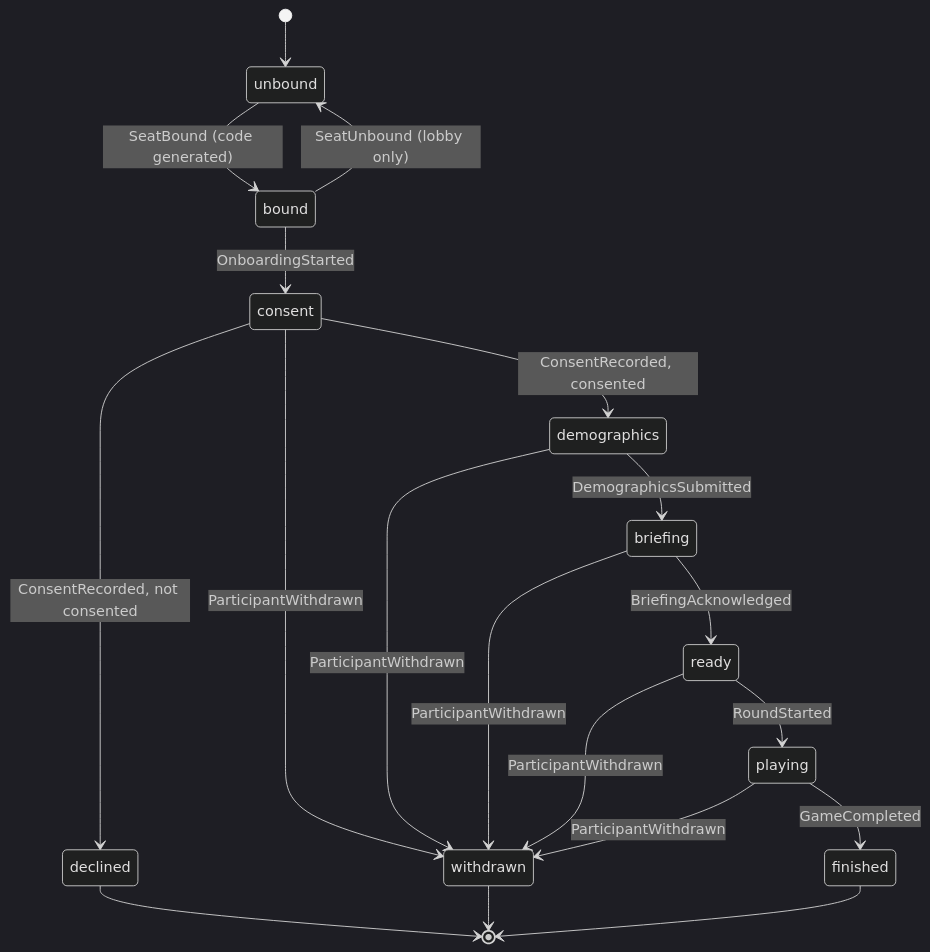
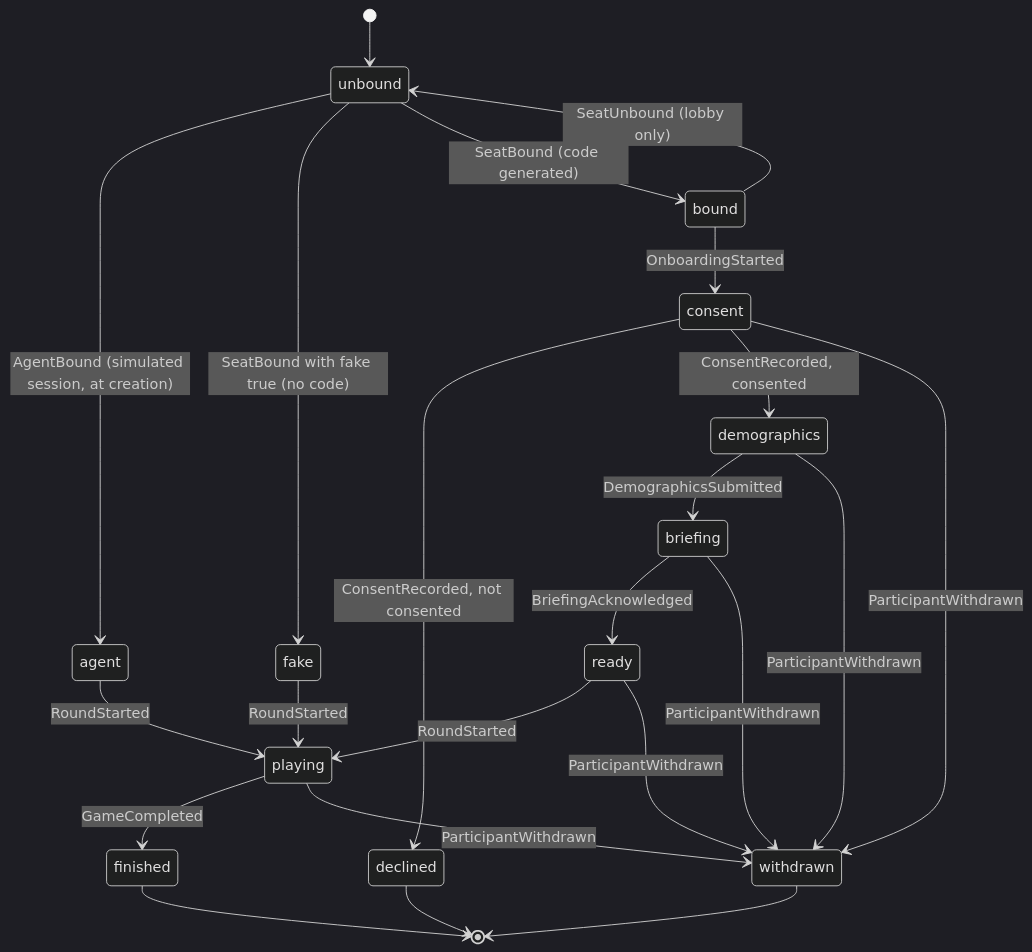
Before and after one commit to xy-zak/WhoKnowsWhoActs: the fifth of 8 diagrams in docs/ARCHITECTURE.md, drawn with Mermaid (dark theme). The commit also changed other lines of this file and 6 other files, not shown here.

First line of the commit message:
Document simulated and fake players

````diff
--- a/docs/ARCHITECTURE.md
+++ b/docs/ARCHITECTURE.md
@@ -244,21 +263,25 @@
 ```mermaid
 stateDiagram-v2
   [*] --> unbound
+  unbound --> agent: AgentBound (simulated session, at creation)
+  agent --> playing: RoundStarted
+  unbound --> fake: SeatBound with fake true (no code)
+  fake --> playing: RoundStarted
   unbound --> bound: SeatBound (code generated)
   bound --> unbound: SeatUnbound (lobby only)
   bound --> consent: OnboardingStarted
   consent --> declined: ConsentRecorded, not consented
   consent --> demographics: ConsentRecorded, consented
   demographics --> briefing: DemographicsSubmitted
   briefing --> ready: BriefingAcknowledged
   ready --> playing: RoundStarted
   playing --> finished: GameCompleted
   consent --> withdrawn: ParticipantWithdrawn
   demographics --> withdrawn: ParticipantWithdrawn
   briefing --> withdrawn: ParticipantWithdrawn
   ready --> withdrawn: ParticipantWithdrawn
   playing --> withdrawn: ParticipantWithdrawn
   declined --> [*]
   withdrawn --> [*]
   finished --> [*]
 ```
````
